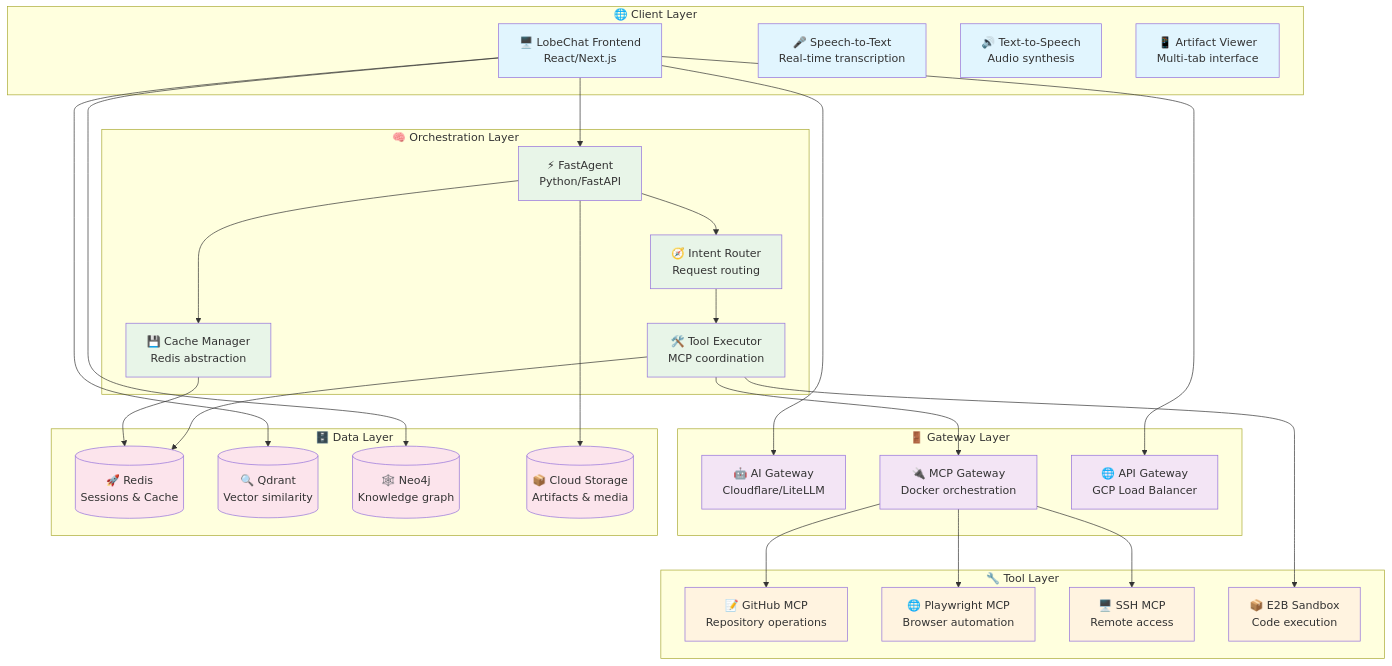
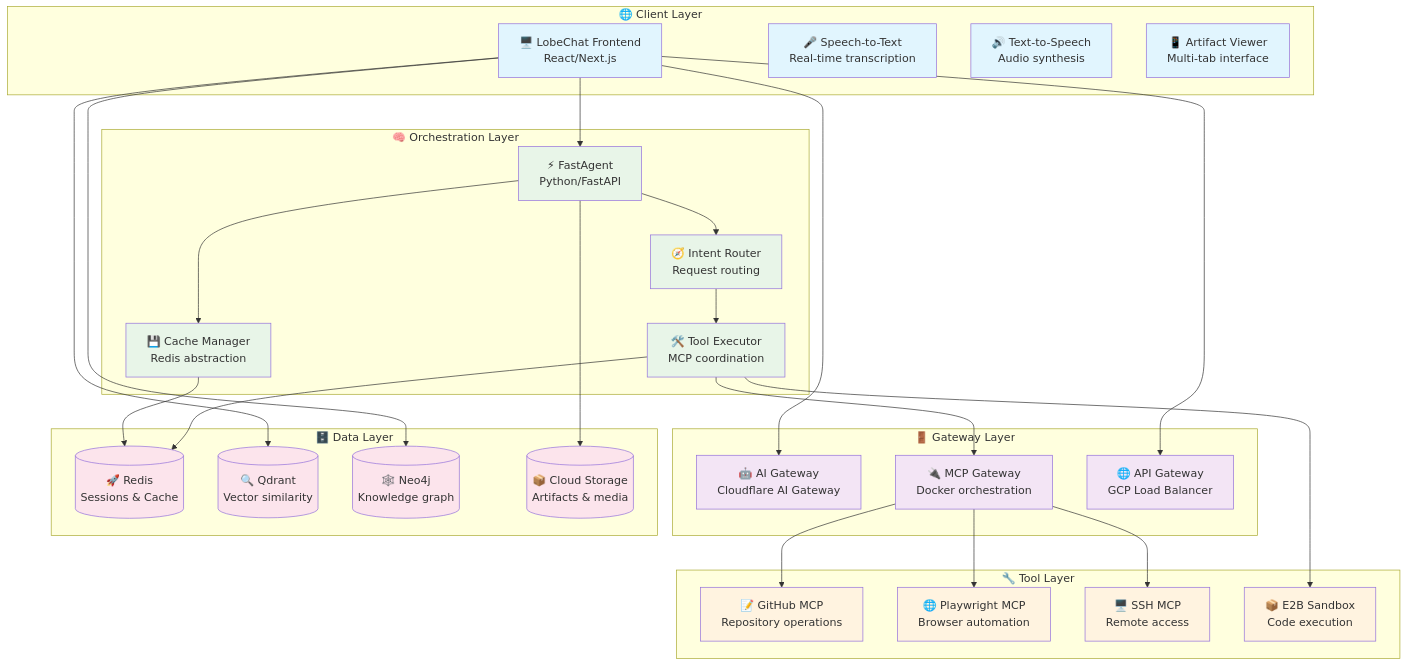
The first of 12 diagrams in docs/ARCHITECTURE.md (myselfgus/cua), drawn with Mermaid before and after one commit. The commit also changed 8 other files, not shown here.

Commit message:
fix: replace LiteLLM with Cloudflare AI Gateway and resolve security vulnerabilities

````diff
--- a/docs/ARCHITECTURE.md
+++ b/docs/ARCHITECTURE.md
@@ -62,73 +62,73 @@
 ```mermaid
 graph TB
     subgraph "🌐 Client Layer"
         UI[🖥️ LobeChat Frontend<br/>React/Next.js]
         STT[🎤 Speech-to-Text<br/>Real-time transcription]
         TTS[🔊 Text-to-Speech<br/>Audio synthesis]
         AV[📱 Artifact Viewer<br/>Multi-tab interface]
     end
 
     subgraph "🚪 Gateway Layer"
-        AG[🤖 AI Gateway<br/>Cloudflare/LiteLLM]
+        AG[🤖 AI Gateway<br/>Cloudflare AI Gateway]
         MG[🔌 MCP Gateway<br/>Docker orchestration]
         API[🌐 API Gateway<br/>GCP Load Balancer]
     end
 
     subgraph "🧠 Orchestration Layer"
         FA[⚡ FastAgent<br/>Python/FastAPI]
         TE[🛠️ Tool Executor<br/>MCP coordination]
         CM[💾 Cache Manager<br/>Redis abstraction]
         IR[🧭 Intent Router<br/>Request routing]
     end
 
     subgraph "🔧 Tool Layer"
         GH[📝 GitHub MCP<br/>Repository operations]
         PW[🌐 Playwright MCP<br/>Browser automation]
         SSH[🖥️ SSH MCP<br/>Remote access]
         E2B[📦 E2B Sandbox<br/>Code execution]
     end
 
     subgraph "🗄️ Data Layer"
         Redis[(🚀 Redis<br/>Sessions & Cache)]
         Qdrant[(🔍 Qdrant<br/>Vector similarity)]
         Neo4j[(🕸️ Neo4j<br/>Knowledge graph)]
         Storage[(📦 Cloud Storage<br/>Artifacts & media)]
     end
 
     %% Direct connections for low latency
     UI --> Qdrant
     UI --> Neo4j
     UI --> AG
     UI --> API
     
     %% Orchestration flow
     UI --> FA
     FA --> IR
     IR --> TE
     TE --> MG
     FA --> CM
     CM --> Redis
     
     %% Tool execution
     MG --> GH
     MG --> PW
     MG --> SSH
     TE --> E2B
     
     %% Data persistence
     FA --> Storage
     TE --> Redis
 
     %% Styling
     classDef clientLayer fill:#e1f5fe
     classDef gatewayLayer fill:#f3e5f5
     classDef orchestrationLayer fill:#e8f5e8
     classDef toolLayer fill:#fff3e0
     classDef dataLayer fill:#fce4ec
     
     class UI,STT,TTS,AV clientLayer
     class AG,MG,API gatewayLayer
     class FA,TE,CM,IR orchestrationLayer
     class GH,PW,SSH,E2B toolLayer
     class Redis,Qdrant,Neo4j,Storage dataLayer
 ```
````
